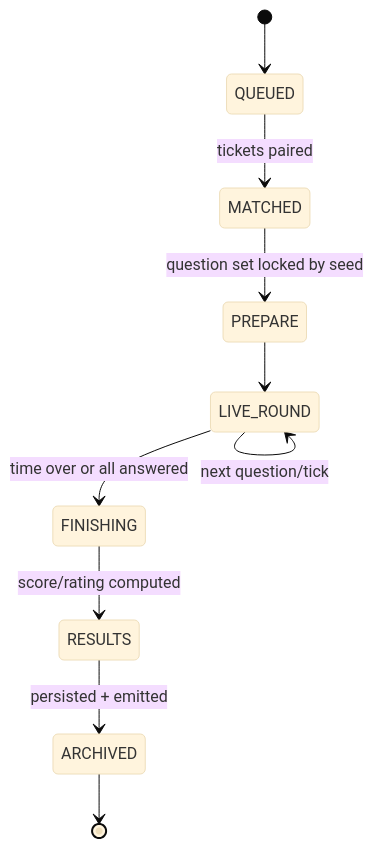
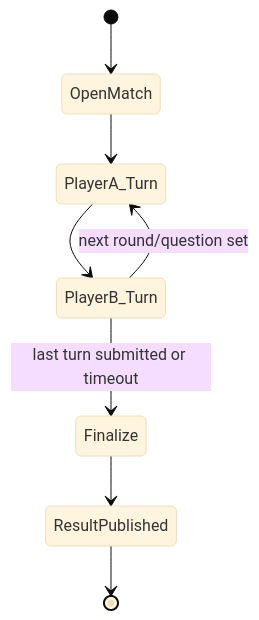
Before and after one commit to lktiep/english4kids: the second of 2 diagrams in docs/arena-masterplan/01-architecture.md, drawn with Mermaid (base theme). The commit also changed other lines of this file and 3 other files, not shown here.

````diff
--- a/docs/arena-masterplan/01-architecture.md
+++ b/docs/arena-masterplan/01-architecture.md
@@ -203,12 +78,10 @@
 ```mermaid
 stateDiagram-v2
-    [*] --> QUEUED
-    QUEUED --> MATCHED: tickets paired
-    MATCHED --> PREPARE: question set locked by seed
-    PREPARE --> LIVE_ROUND
-    LIVE_ROUND --> LIVE_ROUND: next question/tick
-    LIVE_ROUND --> FINISHING: time over or all answered
-    FINISHING --> RESULTS: score/rating computed
-    RESULTS --> ARCHIVED: persisted + emitted
-    ARCHIVED --> [*]
+    [*] --> OpenMatch
+    OpenMatch --> PlayerA_Turn
+    PlayerA_Turn --> PlayerB_Turn
+    PlayerB_Turn --> PlayerA_Turn: next round/question set
+    PlayerB_Turn --> Finalize: last turn submitted or timeout
+    Finalize --> ResultPublished
+    ResultPublished --> [*]
 ```
````
